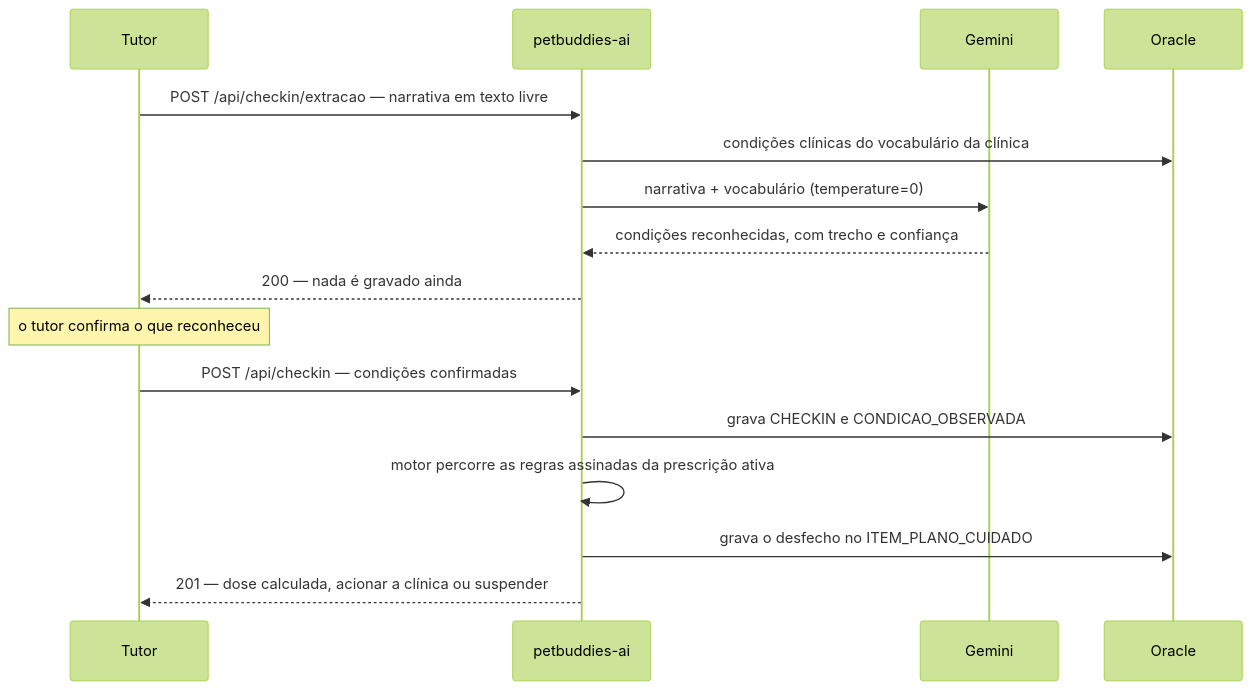
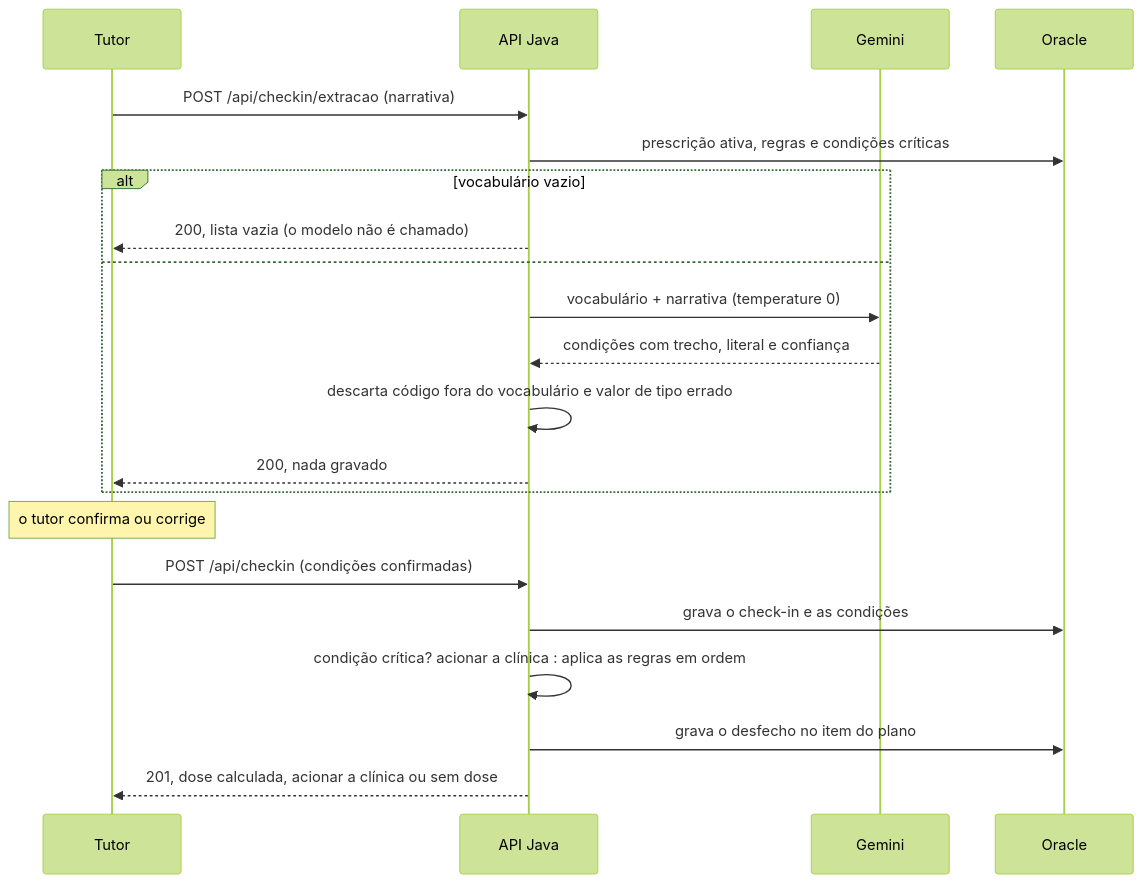
Before and after one commit to 3BugBuddies/PetBuddies-AI: the second of 2 diagrams in README.md, drawn with Mermaid (forest theme). The commit also changed other lines of this file, not shown here.

First line of the commit message:
docs: README da entrega de IA (Disruptive Architectures)

````diff
--- a/README.md
+++ b/README.md
@@ -333,21 +116,24 @@
 ```mermaid
 sequenceDiagram
     participant T as Tutor
-    participant J as petbuddies-ai
+    participant J as API Java
     participant G as Gemini
     participant DB as Oracle
 
-    T->>J: POST /api/checkin/extracao — narrativa em texto livre
-    J->>DB: condições clínicas do vocabulário da clínica
-    J->>G: narrativa + vocabulário (temperature=0)
-    G-->>J: condições reconhecidas, com trecho e confiança
-    J-->>T: 200 — nada é gravado ainda
-
-    Note over T: o tutor confirma o que reconheceu
-
-    T->>J: POST /api/checkin — condições confirmadas
-    J->>DB: grava CHECKIN e CONDICAO_OBSERVADA
-    J->>J: motor percorre as regras assinadas da prescrição ativa
-    J->>DB: grava o desfecho no ITEM_PLANO_CUIDADO
-    J-->>T: 201 — dose calculada, acionar a clínica ou suspender
+    T->>J: POST /api/checkin/extracao (narrativa)
+    J->>DB: prescrição ativa, regras e condições críticas
+    alt vocabulário vazio
+        J-->>T: 200, lista vazia (o modelo não é chamado)
+    else
+        J->>G: vocabulário + narrativa (temperature 0)
+        G-->>J: condições com trecho, literal e confiança
+        J->>J: descarta código fora do vocabulário e valor de tipo errado
+        J-->>T: 200, nada gravado
+    end
+    Note over T: o tutor confirma ou corrige
+    T->>J: POST /api/checkin (condições confirmadas)
+    J->>DB: grava o check-in e as condições
+    J->>J: condição crítica? acionar a clínica : aplica as regras em ordem
+    J->>DB: grava o desfecho no item do plano
+    J-->>T: 201, dose calculada, acionar a clínica ou sem dose
 ```
````
